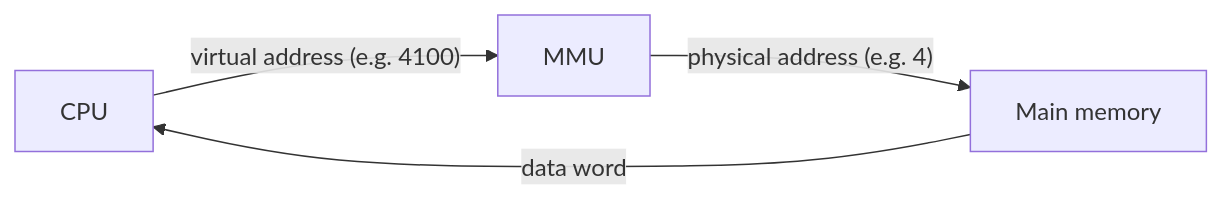
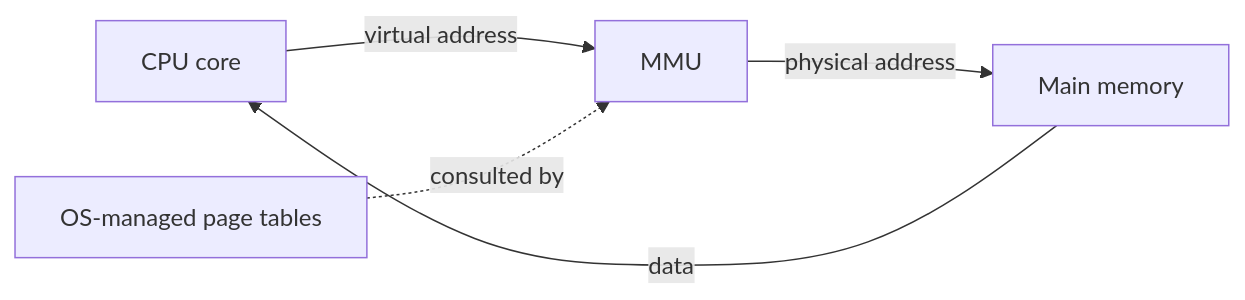
The first of 3 diagrams in src/csapp/lessons/24-vm-translation.md (alvinnew100/grand-line-study-guide), drawn with Mermaid before and after one commit. The commit also changed other lines of this file and 47 other files, not shown here.

````diff
--- a/src/csapp/lessons/24-vm-translation.md
+++ b/src/csapp/lessons/24-vm-translation.md
@@ -19,6 +21,7 @@
 ```mermaid
-graph LR
-  CPU -->|"virtual address (e.g. 4100)"| MMU
-  MMU -->|"physical address (e.g. 4)"| MEM[Main memory]
-  MEM -->|data word| CPU
+flowchart LR
+    CPU[CPU core] -- virtual address --> MMU
+    MMU -- physical address --> RAM[Main memory]
+    RAM -- data --> CPU
+    OS[OS-managed page tables] -. consulted by .-> MMU
 ```
````
